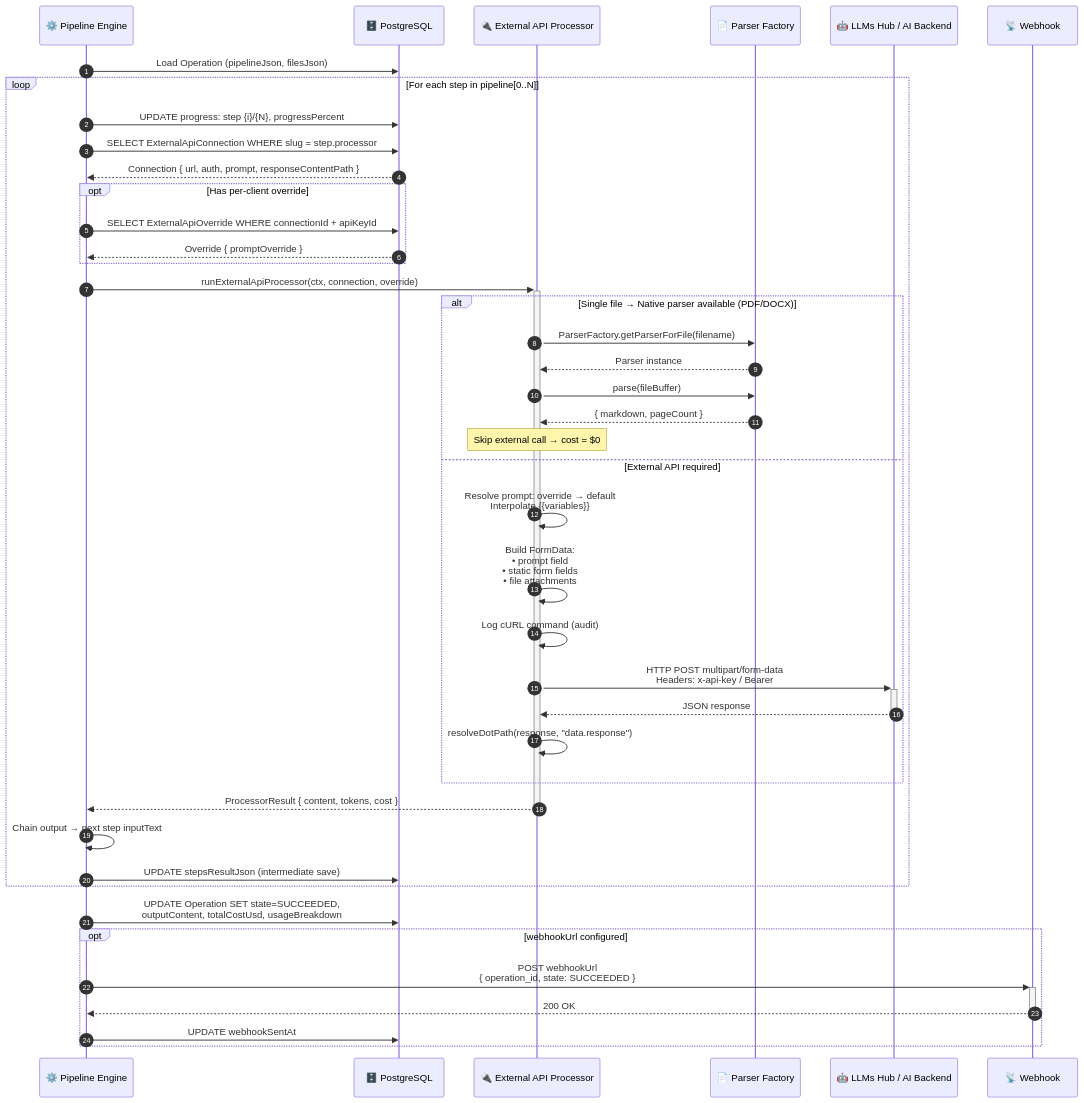
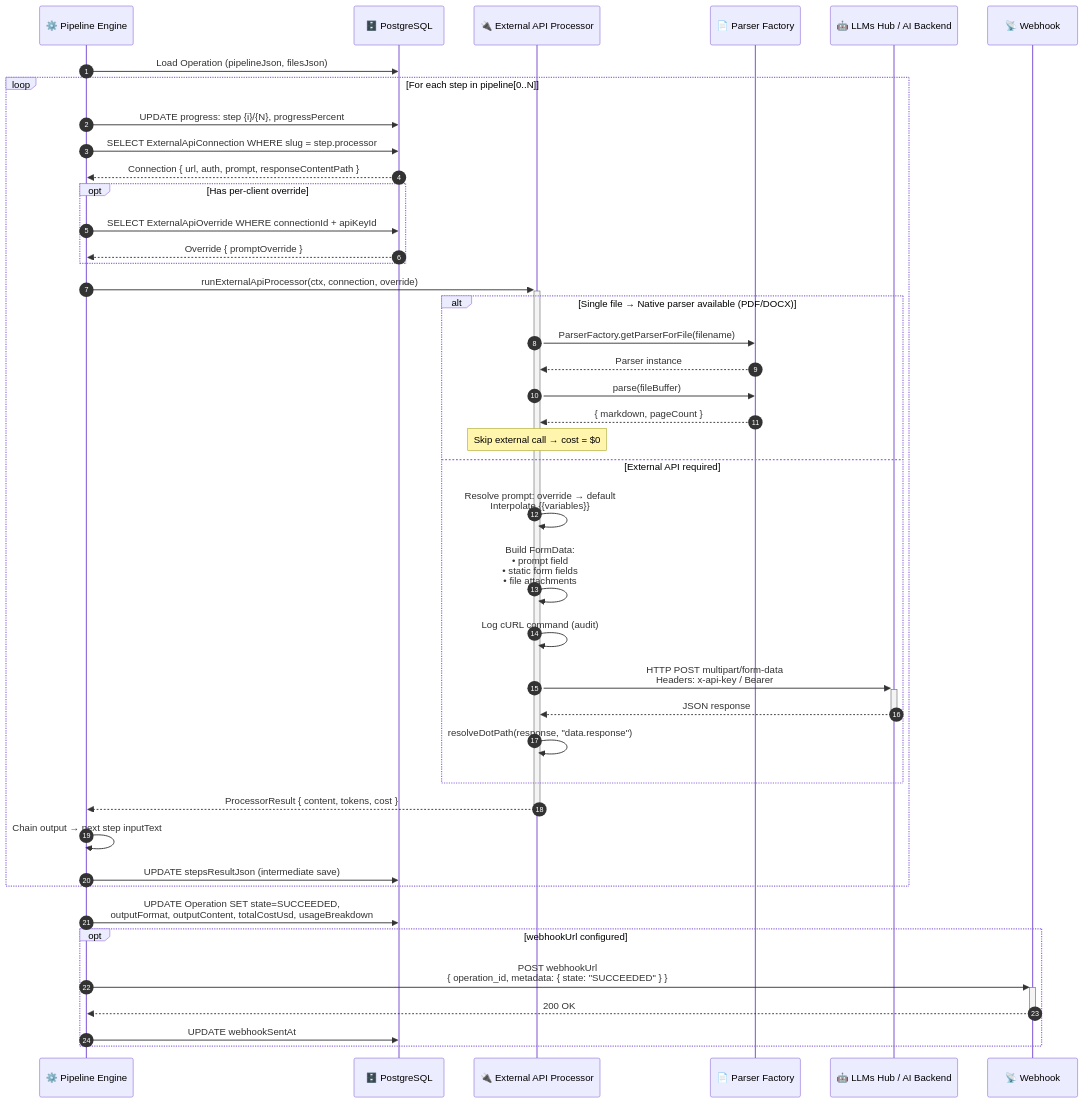
The seventh of 12 diagrams in docs/SOLUTION_ARCHITECTURE.md (OrgGem/dugate), drawn with Mermaid before and after one commit. The commit also changed other lines of this file, not shown here.

Commit message:
docs(architecture): upgrade solution architecture to v2.0

````diff
--- a/docs/SOLUTION_ARCHITECTURE.md
+++ b/docs/SOLUTION_ARCHITECTURE.md
@@ -353,54 +350,53 @@
 ```mermaid
 sequenceDiagram
     autonumber
     participant Engine as ⚙️ Pipeline Engine
     participant DB as 🗄️ PostgreSQL
     participant Processor as 🔌 External API Processor
     participant Parser as 📄 Parser Factory
     participant AI as 🤖 LLMs Hub / AI Backend
     participant Webhook as 📡 Webhook
 
     Engine->>DB: Load Operation (pipelineJson, filesJson)
 
     loop For each step in pipeline[0..N]
         Engine->>DB: UPDATE progress: step {i}/{N}, progressPercent
 
         Engine->>DB: SELECT ExternalApiConnection WHERE slug = step.processor
         DB-->>Engine: Connection { url, auth, prompt, responseContentPath }
 
         opt Has per-client override
             Engine->>DB: SELECT ExternalApiOverride WHERE connectionId + apiKeyId
             DB-->>Engine: Override { promptOverride }
         end
 
         Engine->>+Processor: runExternalApiProcessor(ctx, connection, override)
 
         alt Single file → Native parser available (PDF/DOCX)
             Processor->>Parser: ParserFactory.getParserForFile(filename)
             Parser-->>Processor: Parser instance
             Processor->>Parser: parse(fileBuffer)
             Parser-->>Processor: { markdown, pageCount }
             Note over Processor: Skip external call → cost = $0
         else External API required
             Processor->>Processor: Resolve prompt: override → default<br/>Interpolate {{variables}}
             Processor->>Processor: Build FormData:<br/>• prompt field<br/>• static form fields<br/>• file attachments
             Processor->>Processor: Log cURL command (audit)
             Processor->>+AI: HTTP POST multipart/form-data<br/>Headers: x-api-key / Bearer
             AI-->>-Processor: JSON response
             Processor->>Processor: resolveDotPath(response, "data.response")
         end
 
         Processor-->>-Engine: ProcessorResult { content, tokens, cost }
 
         Engine->>Engine: Chain output → next step inputText
         Engine->>DB: UPDATE stepsResultJson (intermediate save)
     end
 
-    Engine->>DB: UPDATE Operation SET state=SUCCEEDED,<br/>outputContent, totalCostUsd, usageBreakdown
-
+    Engine->>DB: UPDATE Operation SET state=SUCCEEDED,<br/>outputFormat, outputContent, totalCostUsd, usageBreakdown
     opt webhookUrl configured
-        Engine->>+Webhook: POST webhookUrl<br/>{ operation_id, state: SUCCEEDED }
+        Engine->>+Webhook: POST webhookUrl<br/>{ operation_id, metadata: { state: "SUCCEEDED" } }
         Webhook-->>-Engine: 200 OK
         Engine->>DB: UPDATE webhookSentAt
     end
 ```
````
